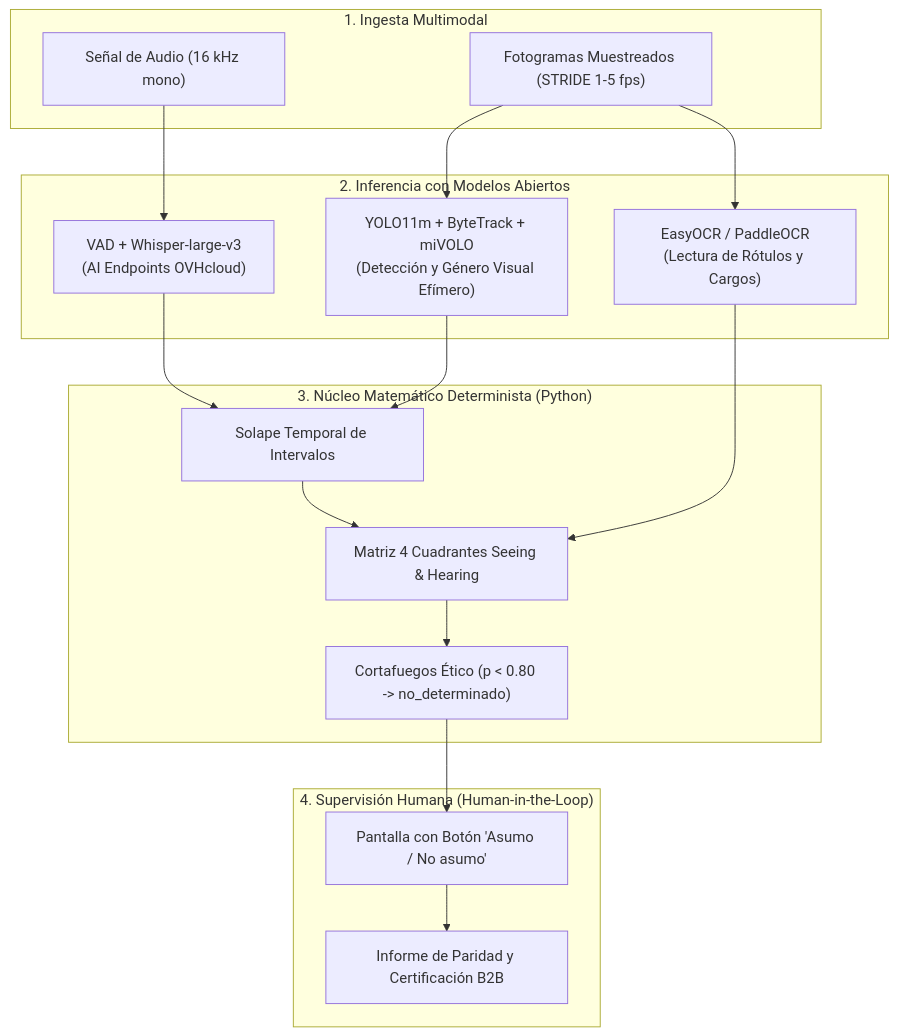
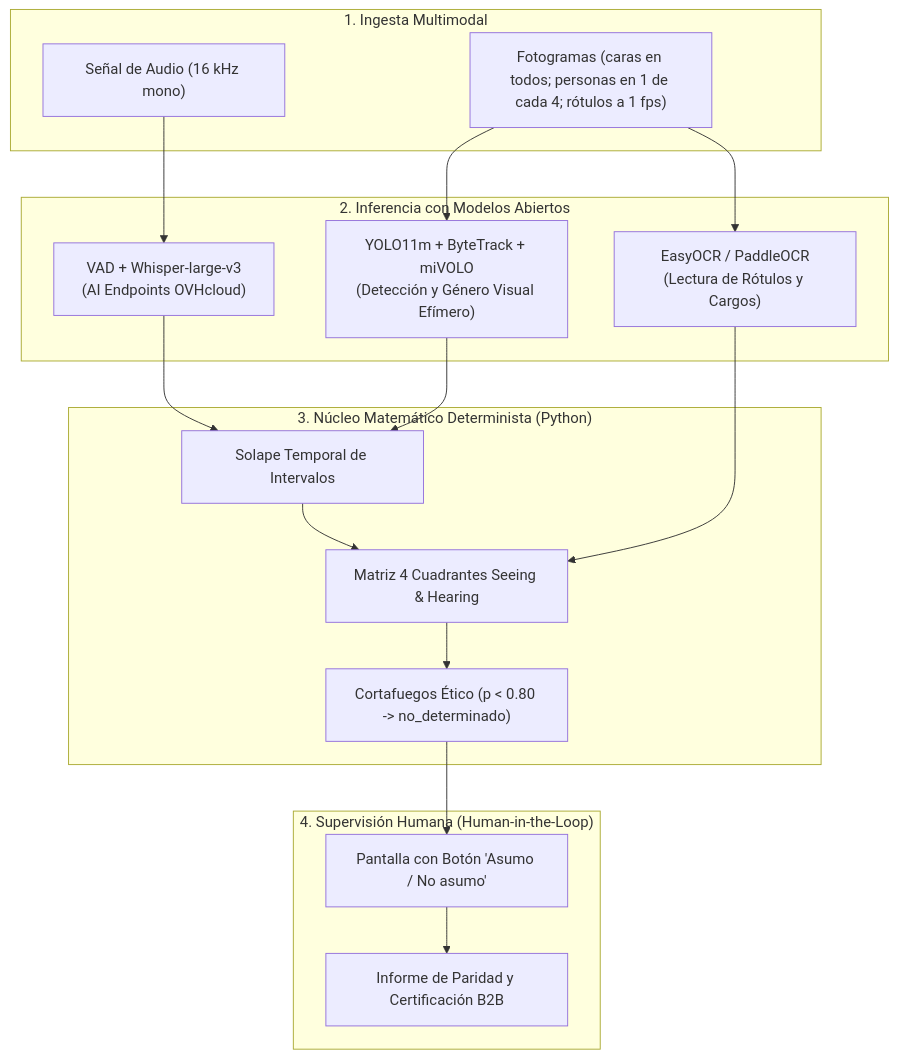
The first of 2 diagrams in README.md (ComunidadIA-OS/attention-is-all-she-needs), drawn with Mermaid before and after one commit. The commit also changed other lines of this file, not shown here.

````diff
--- a/README.md
+++ b/README.md
@@ -46,35 +48,35 @@
 ```mermaid
 flowchart TD
 subgraph INGESTA["1. Ingesta Multimodal"]
 A1["Señal de Audio (16 kHz mono)"]
-A2["Fotogramas Muestreados (STRIDE 1-5 fps)"]
+A2["Fotogramas (caras en todos; personas en 1 de cada 4; rótulos a 1 fps)"]
 end
 
 subgraph INFERENCIA["2. Inferencia con Modelos Abiertos"]
 B1["VAD + Whisper-large-v3<br>(AI Endpoints OVHcloud)"]
 B2["YOLO11m + ByteTrack + miVOLO<br>(Detección y Género Visual Efímero)"]
 B3["EasyOCR / PaddleOCR<br>(Lectura de Rótulos y Cargos)"]
 end
 
 subgraph DETERMINISTA["3. Núcleo Matemático Determinista (Python)"]
 C1["Solape Temporal de Intervalos"]
 C2["Matriz 4 Cuadrantes Seeing & Hearing"]
 C3["Cortafuegos Ético (p < 0.80 -> no_determinado)"]
 end
 
 subgraph HITL["4. Supervisión Humana (Human-in-the-Loop)"]
 D1["Pantalla con Botón 'Asumo / No asumo'"]
 D2["Informe de Paridad y Certificación B2B"]
 end
 
 A1 --> B1
 A2 --> B2
 A2 --> B3
 B1 --> C1
 B2 --> C1
 B3 --> C2
 C1 --> C2
 C2 --> C3
 C3 --> D1
 D1 --> D2
 ```
````
